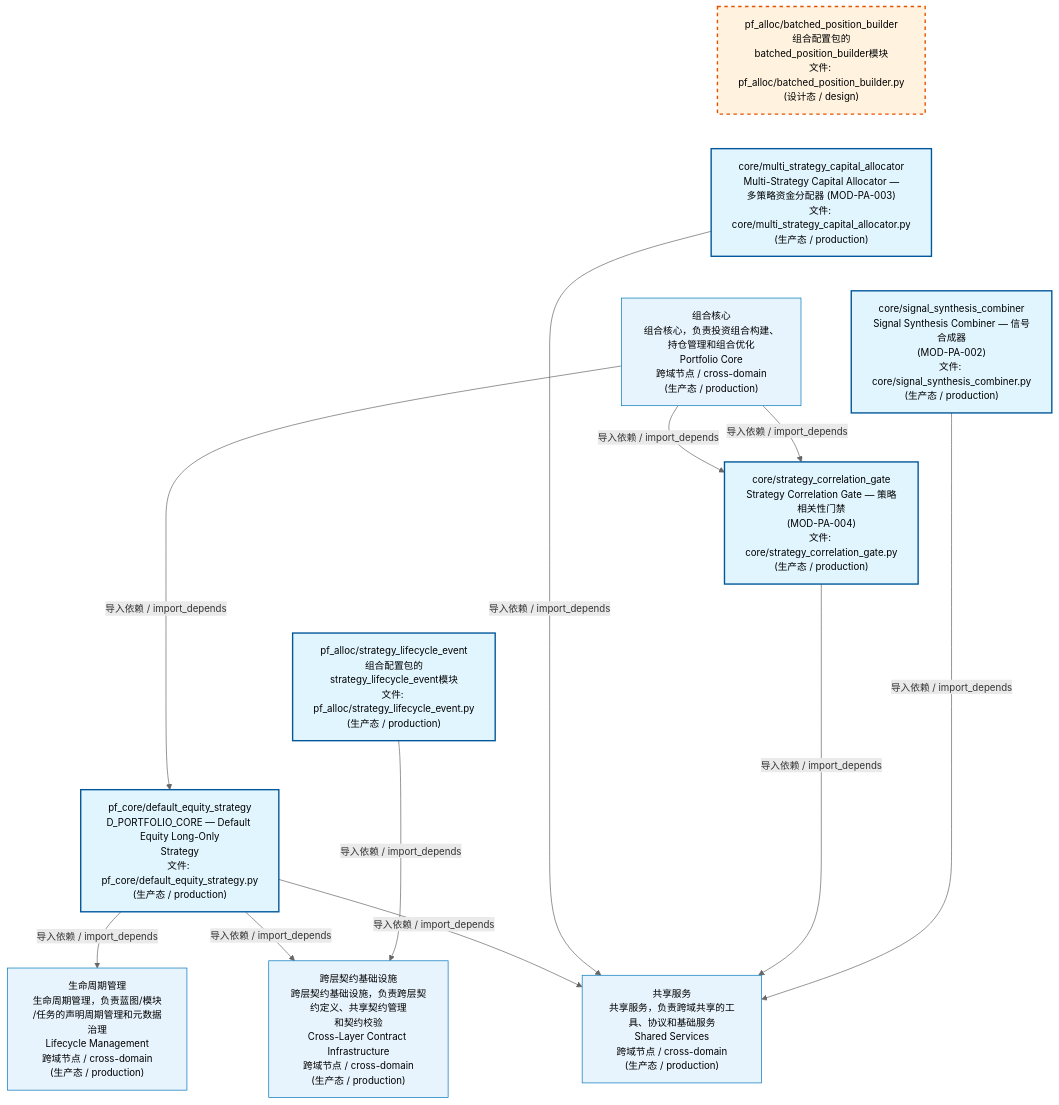
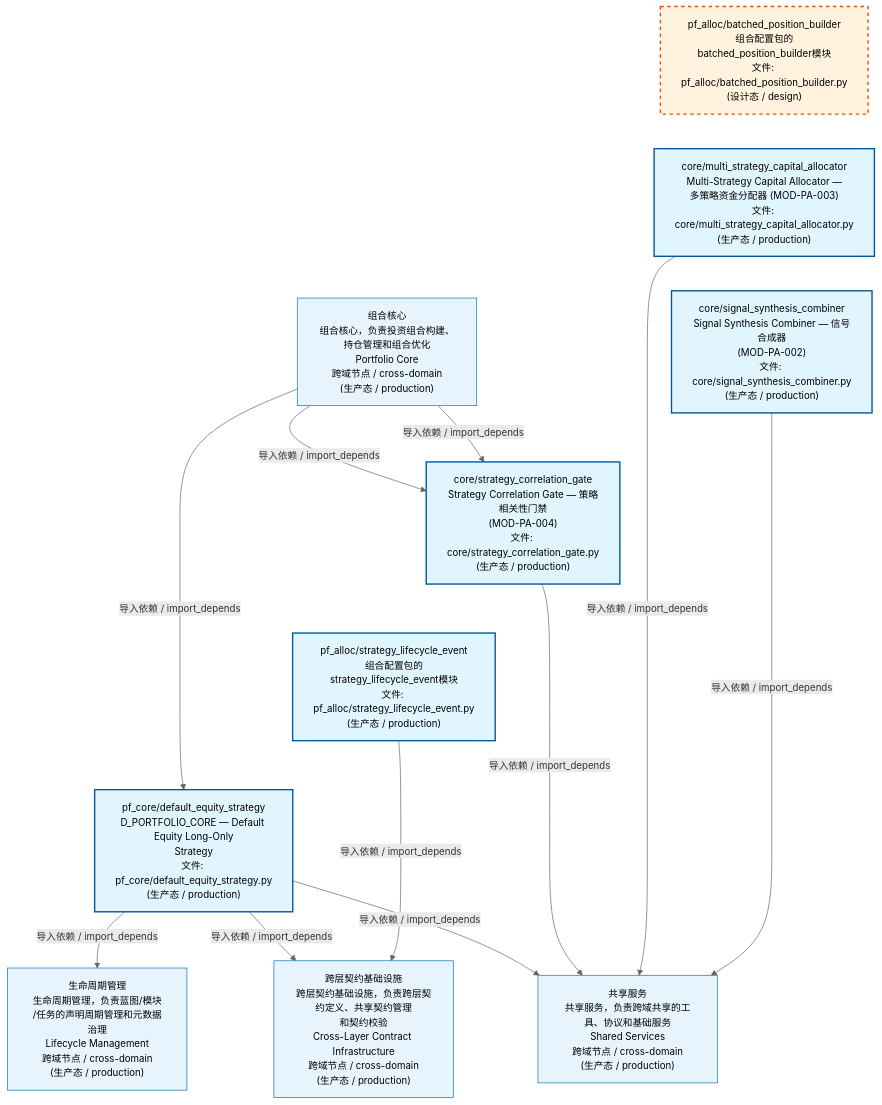
The first of 4 diagrams in docs/02_enterprise_architecture/02_domain_architecture_docs/62_d_pf_alloc.md (xuanFelixVan/ZephyrAlpha), drawn with Mermaid before and after one commit. The commit also changed 47 other files, not shown here.

````diff
--- a/docs/02_enterprise_architecture/02_domain_architecture_docs/62_d_pf_alloc.md
+++ b/docs/02_enterprise_architecture/02_domain_architecture_docs/62_d_pf_alloc.md
@@ -53,36 +53,36 @@
 ```mermaid
 %%{init: {'theme': 'base', 'themeVariables': {'primaryColor': '#eaeaea', 'primaryTextColor': '#333333', 'primaryBorderColor': '#666666', 'lineColor': '#666666', 'secondaryColor': '#eaeaea', 'tertiaryColor': '#eaeaea', 'fontSize': '14px'}}}%%
 flowchart TD
     src_zephyr_pf_alloc_batched_position_builder_py["pf_alloc/batched_position_builder<br/>组合配置包的batched_position_builder模块<br/>文件: pf_alloc/batched_position_builder.py<br/>(设计态 / design)"]
     src_zephyr_pf_alloc_core_multi_strategy_capital_allocator_py["core/multi_strategy_capital_allocator<br/>Multi-Strategy Capital Allocator —<br/>多策略资金分配器 (MOD-PA-003)<br/>文件: core/multi_strategy_capital_allocator.py<br/>(生产态 / production)"]
     src_zephyr_pf_alloc_core_signal_synthesis_combiner_py["core/signal_synthesis_combiner<br/>Signal Synthesis Combiner — 信号合成器<br/>(MOD-PA-002)<br/>文件: core/signal_synthesis_combiner.py<br/>(生产态 / production)"]
     src_zephyr_pf_alloc_core_strategy_correlation_gate_py["core/strategy_correlation_gate<br/>Strategy Correlation Gate — 策略相关性门禁<br/>(MOD-PA-004)<br/>文件: core/strategy_correlation_gate.py<br/>(生产态 / production)"]
     src_zephyr_pf_alloc_strategy_lifecycle_event_py["pf_alloc/strategy_lifecycle_event<br/>组合配置包的strategy_lifecycle_event模块<br/>文件: pf_alloc/strategy_lifecycle_event.py<br/>(生产态 / production)"]
     src_zephyr_pf_core_default_equity_strategy_py["pf_core/default_equity_strategy<br/>D_PORTFOLIO_CORE — Default Equity Long-Only<br/>Strategy<br/>文件: pf_core/default_equity_strategy.py<br/>(生产态 / production)"]
     src_zephyr_pf_alloc_batched_position_builder_py ~~~ src_zephyr_pf_alloc_core_multi_strategy_capital_allocator_py
     src_zephyr_pf_alloc_core_multi_strategy_capital_allocator_py ~~~ src_zephyr_pf_alloc_core_signal_synthesis_combiner_py
     src_zephyr_pf_alloc_core_signal_synthesis_combiner_py ~~~ src_zephyr_pf_alloc_core_strategy_correlation_gate_py
     src_zephyr_pf_alloc_core_strategy_correlation_gate_py ~~~ src_zephyr_pf_alloc_strategy_lifecycle_event_py
     src_zephyr_pf_alloc_strategy_lifecycle_event_py ~~~ src_zephyr_pf_core_default_equity_strategy_py
+    D_SHARED["共享服务<br/>共享服务，负责跨域共享的工具、协议和基础服务<br/>Shared Services<br/>跨域节点 / cross-domain<br/>(生产态 / production)"]
+    src_zephyr_pf_alloc_core_signal_synthesis_combiner_py -->|导入依赖 / import_depends| D_SHARED
     D_INFRASTRUCTURE["跨层契约基础设施<br/>跨层契约基础设施，负责跨层契约定义、共享契约管理<br/>和契约校验<br/>Cross-Layer Contract Infrastructure<br/>跨域节点 / cross-domain<br/>(生产态 / production)"]
     src_zephyr_pf_alloc_strategy_lifecycle_event_py -->|导入依赖 / import_depends| D_INFRASTRUCTURE
-    D_SHARED["共享服务<br/>共享服务，负责跨域共享的工具、协议和基础服务<br/>Shared Services<br/>跨域节点 / cross-domain<br/>(生产态 / production)"]
-    src_zephyr_pf_alloc_core_signal_synthesis_combiner_py -->|导入依赖 / import_depends| D_SHARED
+    src_zephyr_pf_alloc_core_multi_strategy_capital_allocator_py -->|导入依赖 / import_depends| D_SHARED
     src_zephyr_pf_alloc_core_strategy_correlation_gate_py -->|导入依赖 / import_depends| D_SHARED
-    src_zephyr_pf_alloc_core_multi_strategy_capital_allocator_py -->|导入依赖 / import_depends| D_SHARED
     D_GOVERNANCE["生命周期管理<br/>生命周期管理，负责蓝图/模块<br/>/任务的声明周期管理和元数据治理<br/>Lifecycle Management<br/>跨域节点 / cross-domain<br/>(生产态 / production)"]
     src_zephyr_pf_core_default_equity_strategy_py -->|导入依赖 / import_depends| D_GOVERNANCE
     src_zephyr_pf_core_default_equity_strategy_py -->|导入依赖 / import_depends| D_SHARED
     src_zephyr_pf_core_default_equity_strategy_py -->|导入依赖 / import_depends| D_INFRASTRUCTURE
     D_PF_CORE["组合核心<br/>组合核心，负责投资组合构建、持仓管理和组合优化<br/>Portfolio Core<br/>跨域节点 / cross-domain<br/>(生产态 / production)"]
     D_PF_CORE -->|导入依赖 / import_depends| src_zephyr_pf_alloc_core_strategy_correlation_gate_py
+    D_PF_CORE -->|导入依赖 / import_depends| src_zephyr_pf_core_default_equity_strategy_py
     D_PF_CORE -->|导入依赖 / import_depends| src_zephyr_pf_alloc_core_strategy_correlation_gate_py
-    D_PF_CORE -->|导入依赖 / import_depends| src_zephyr_pf_core_default_equity_strategy_py
     classDef production fill:#e1f5fe,stroke:#01579b,stroke-width:2px,color:#000
     classDef design fill:#fff3e0,stroke:#e65100,stroke-width:2px,color:#000,stroke-dasharray: 5 5
     classDef external_prod fill:#e8f4fd,stroke:#0277bd,stroke-width:1px,color:#000
     classDef external_design fill:#fff8e7,stroke:#ef6c00,stroke-width:1px,color:#000,stroke-dasharray: 5 5
     class src_zephyr_pf_alloc_core_multi_strategy_capital_allocator_py,src_zephyr_pf_alloc_core_signal_synthesis_combiner_py,src_zephyr_pf_alloc_core_strategy_correlation_gate_py,src_zephyr_pf_alloc_strategy_lifecycle_event_py,src_zephyr_pf_core_default_equity_strategy_py production
     class src_zephyr_pf_alloc_batched_position_builder_py design
-    class D_INFRASTRUCTURE,D_SHARED,D_GOVERNANCE,D_PF_CORE external_prod
+    class D_SHARED,D_INFRASTRUCTURE,D_GOVERNANCE,D_PF_CORE external_prod
 ```
````
